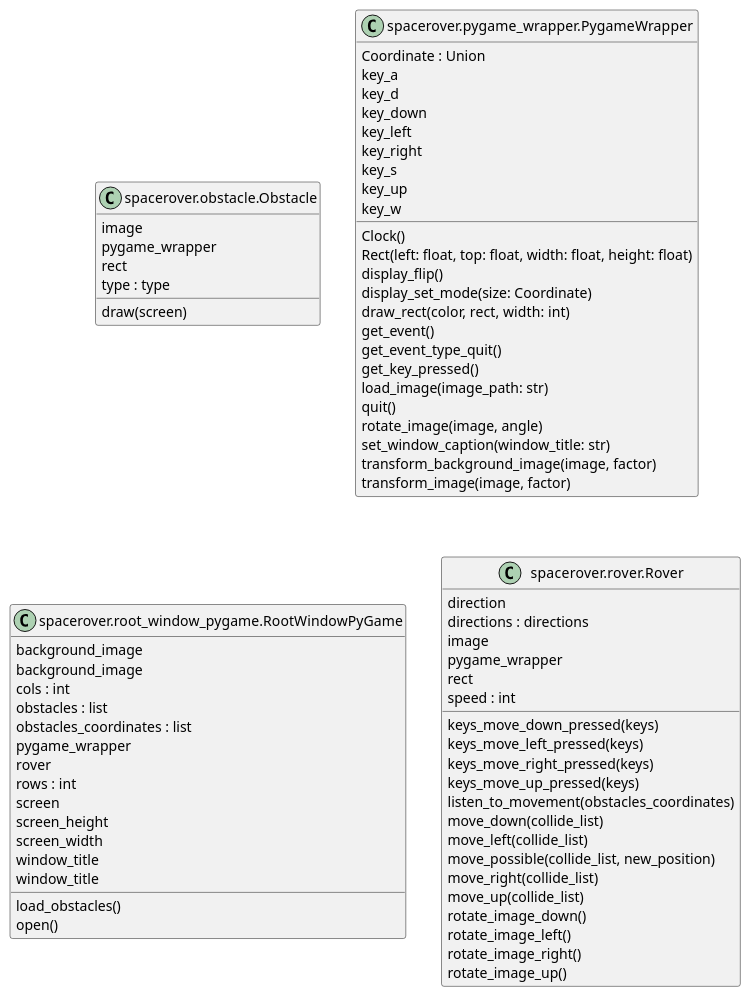
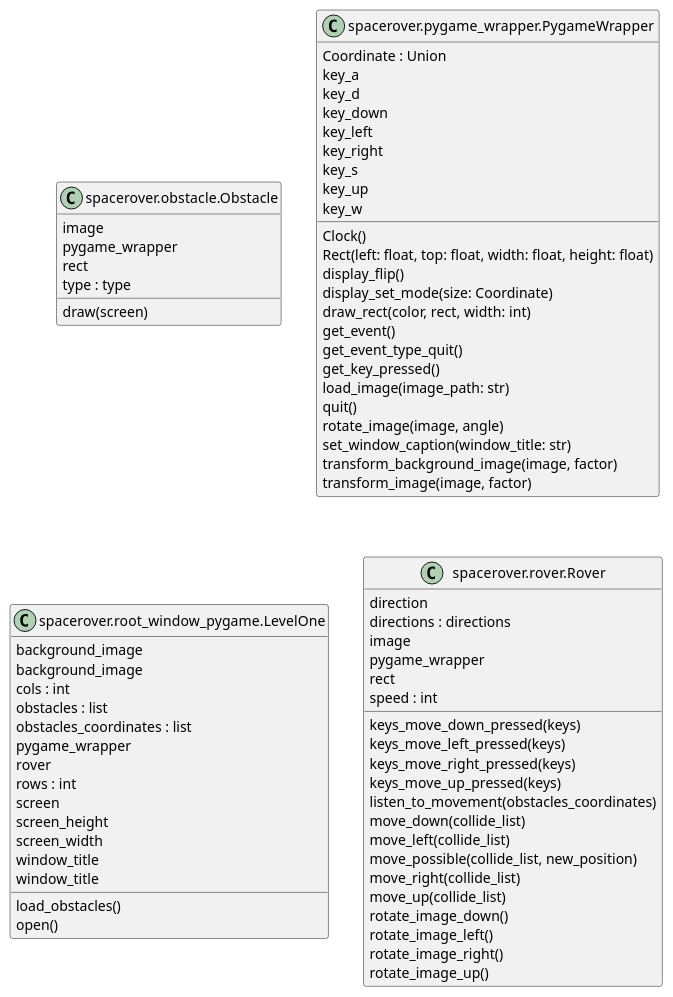
Before and after one commit to teko-L-TIN-22-Di-a/rover: the diagram in images/classes.puml, drawn with PlantUML. The commit also changed 2205 other files, not shown here.

```diff
--- a/images/classes.puml
+++ b/images/classes.puml
@@ -1,74 +1,74 @@
 @startuml classes
 set namespaceSeparator none
 class "spacerover.obstacle.Obstacle" as spacerover.obstacle.Obstacle {
   image
   pygame_wrapper
   rect
   type : type
   draw(screen)
 }
 class "spacerover.pygame_wrapper.PygameWrapper" as spacerover.pygame_wrapper.PygameWrapper {
   Coordinate : Union
   key_a
   key_d
   key_down
   key_left
   key_right
   key_s
   key_up
   key_w
   Clock()
   Rect(left: float, top: float, width: float, height: float)
   display_flip()
   display_set_mode(size: Coordinate)
   draw_rect(color, rect, width: int)
   get_event()
   get_event_type_quit()
   get_key_pressed()
   load_image(image_path: str)
   quit()
   rotate_image(image, angle)
   set_window_caption(window_title: str)
   transform_background_image(image, factor)
   transform_image(image, factor)
 }
-class "spacerover.root_window_pygame.RootWindowPyGame" as spacerover.root_window_pygame.RootWindowPyGame {
+class "spacerover.root_window_pygame.LevelOne" as spacerover.root_window_pygame.LevelOne {
   background_image
   background_image
   cols : int
   obstacles : list
   obstacles_coordinates : list
   pygame_wrapper
   rover
   rows : int
   screen
   screen_height
   screen_width
   window_title
   window_title
   load_obstacles()
   open()
 }
 class "spacerover.rover.Rover" as spacerover.rover.Rover {
   direction
   directions : directions
   image
   pygame_wrapper
   rect
   speed : int
   keys_move_down_pressed(keys)
   keys_move_left_pressed(keys)
   keys_move_right_pressed(keys)
   keys_move_up_pressed(keys)
   listen_to_movement(obstacles_coordinates)
   move_down(collide_list)
   move_left(collide_list)
   move_possible(collide_list, new_position)
   move_right(collide_list)
   move_up(collide_list)
   rotate_image_down()
   rotate_image_left()
   rotate_image_right()
   rotate_image_up()
 }
 @enduml
```
